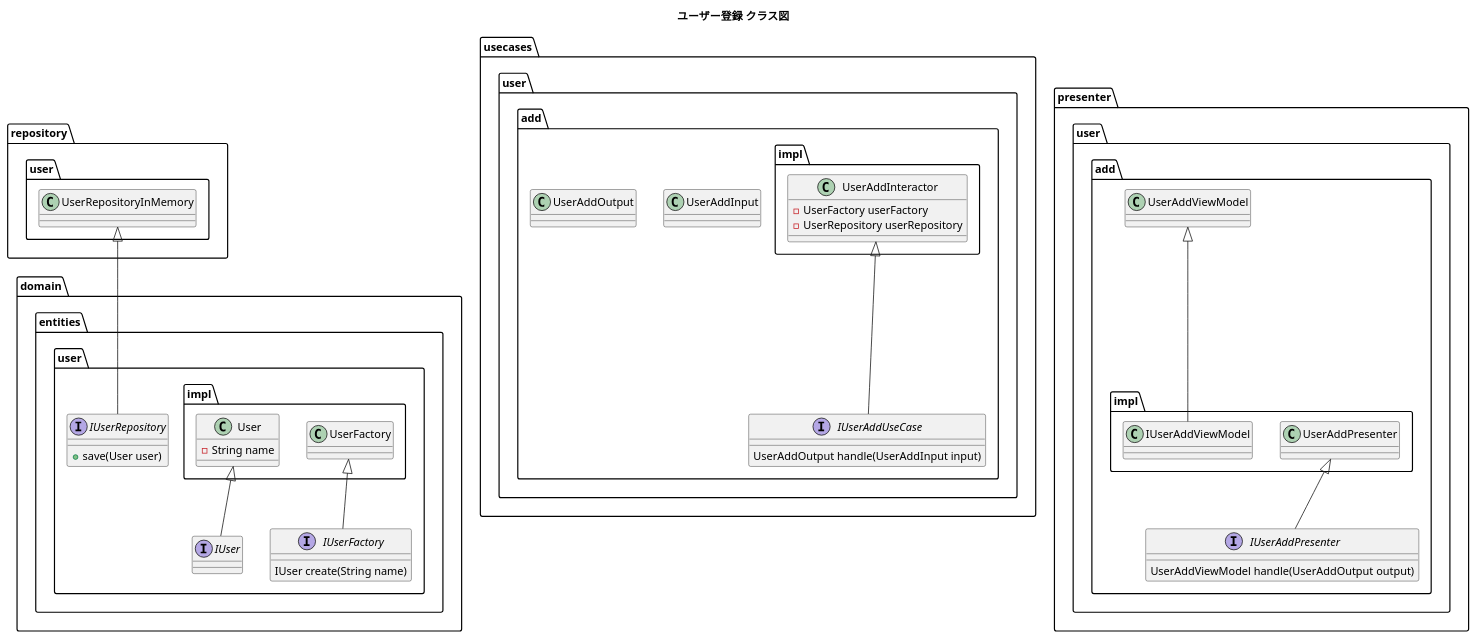
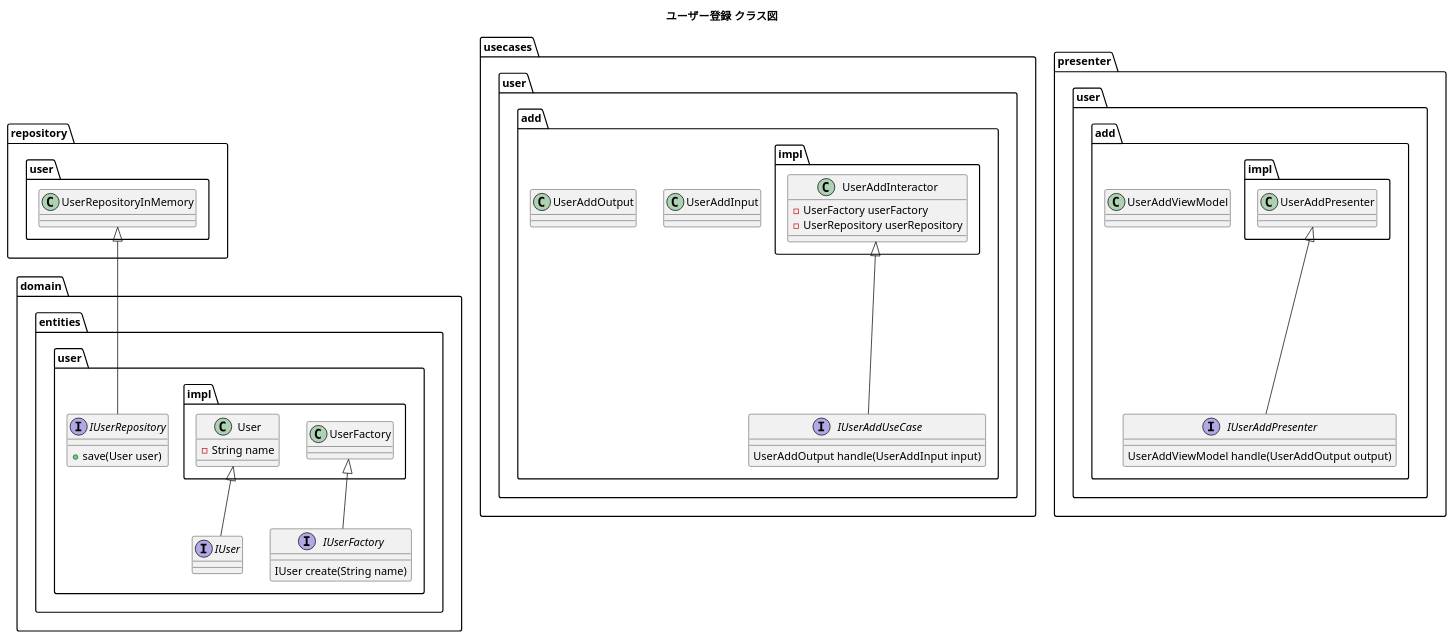
Before and after one commit to choimake/clean-architecture-with-springboot: the diagram in docs/class.pu, drawn with PlantUML. The commit also changed 7 other files, not shown here.

```diff
--- a/docs/class.pu
+++ b/docs/class.pu
@@ -1,79 +1,76 @@
 @startuml
 title ユーザー登録 クラス図
 
 ' 参考
 ' - https://www.baeldung.com/spring-boot-clean-architecture
 ' - https://nrslib.com/clean-architecture-with-java/
 
-' domain
 package domain.entities.user {
     ' Data Access Interface
     interface IUserRepository {
         + save(User user)
     }
 
     interface IUser
 
     interface IUserFactory {
         IUser create(String name)
     }
 
     package domain.entities.user.impl {
         User <|-- IUser
         UserFactory <|-- IUserFactory
 
         class User {
             - String name
         }
     }
 }
 
-' usecases
 package usecases {
     package usecases.user.add {
 
         ' Input Data<DS>
         class UserAddInput
 
         ' Output Data<DS>
         class UserAddOutput
 
         ' Input Boundary
         interface IUserAddUseCase {
             UserAddOutput handle(UserAddInput input)
         }
 
         package usecases.user.add.impl {
             UserAddInteractor <|-- IUserAddUseCase
 
             class UserAddInteractor {
                 - UserFactory userFactory
                 - UserRepository userRepository
             }
         }
     }
 }
 
 package presenter {
     package presenter.user.add {
         ' ViewModel
         class UserAddViewModel
         ' Output Boundary
         interface IUserAddPresenter {
             UserAddViewModel handle(UserAddOutput output)
         }
 
         package presenter.user.add.impl {
             UserAddPresenter <|-- IUserAddPresenter
-            UserAddViewModel <|-- IUserAddViewModel
         }
     }
 }
 
 package repository {
     package repository.user {
         UserRepositoryInMemory <|-- IUserRepository
     }
 }
 
 @enduml
```
